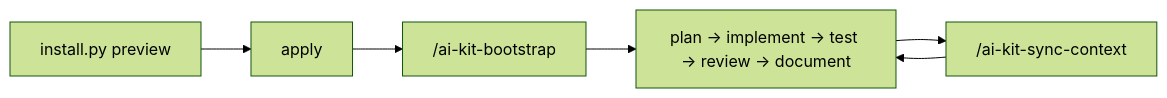
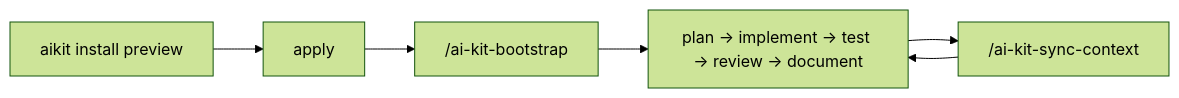
Before and after one commit to zqf20096327/ai_collect: the diagram in data/readmes/tigusigalpa__ai-kit.md, drawn with Mermaid (forest theme). The commit also changed other lines of this file and 1880 other files, not shown here.

````diff
--- a/data/readmes/tigusigalpa__ai-kit.md
+++ b/data/readmes/tigusigalpa__ai-kit.md
@@ -66,8 +118,8 @@
 ```mermaid
 flowchart LR
-    A[install.py preview] --> B[apply]
+    A[aikit install preview] --> B[apply]
     B --> C["/ai-kit-bootstrap"]
     C --> D[plan → implement → test → review → document]
     D --> E["/ai-kit-sync-context"]
     E --> D
 ```
````
